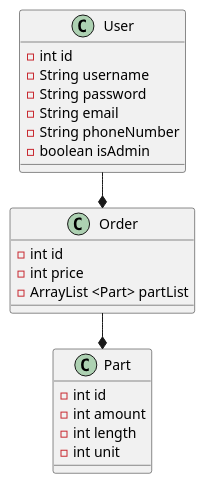
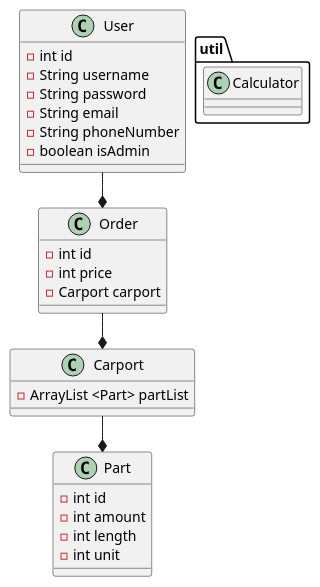
Before and after one commit to Bojuuh/carport: the diagram in Carport/doc/classDiagram.puml, drawn with PlantUML. The commit also changed 6 other files, not shown here.

Commit message:
domainmodel + classdiagram v1 + thymeleaf and connection stuff

```diff
--- a/Carport/doc/classDiagram.puml
+++ b/Carport/doc/classDiagram.puml
@@ -1,30 +1,40 @@
 @startuml
 !pragma layout smetana
 
 Class User {
 - int id
 - String username
 - String password
 - String email
 - String phoneNumber
 - boolean isAdmin
 
 }
 
 Class Order {
 - int id
 - int price
-- ArrayList <Part> partList
+- Carport carport
 }
 
 Class Part {
 - int id
 - int amount
 - int length
 - int unit
 }
 
+Class Carport {
+- ArrayList <Part> partList
+}
+
+
 User --* Order
-Order --* Part
+Order --* Carport
+Carport --* Part
+
+Package util {
+Class Calculator
+}
 
 @enduml
```
